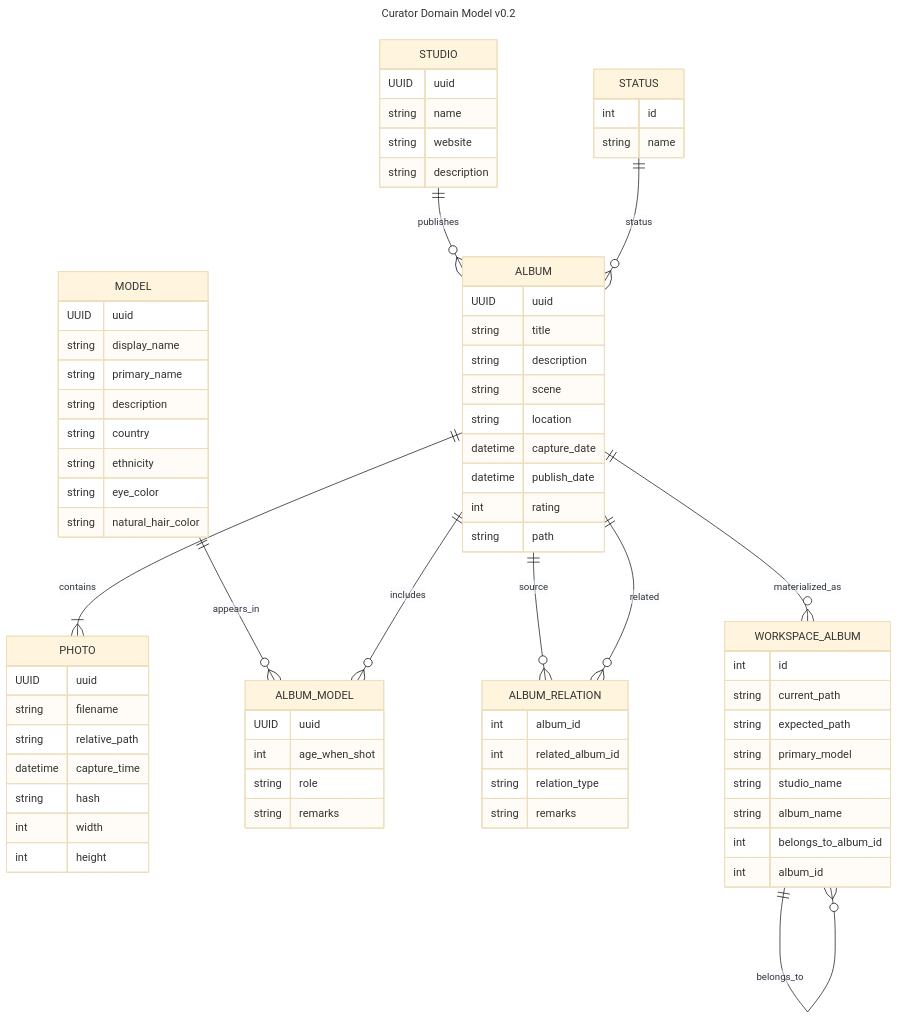
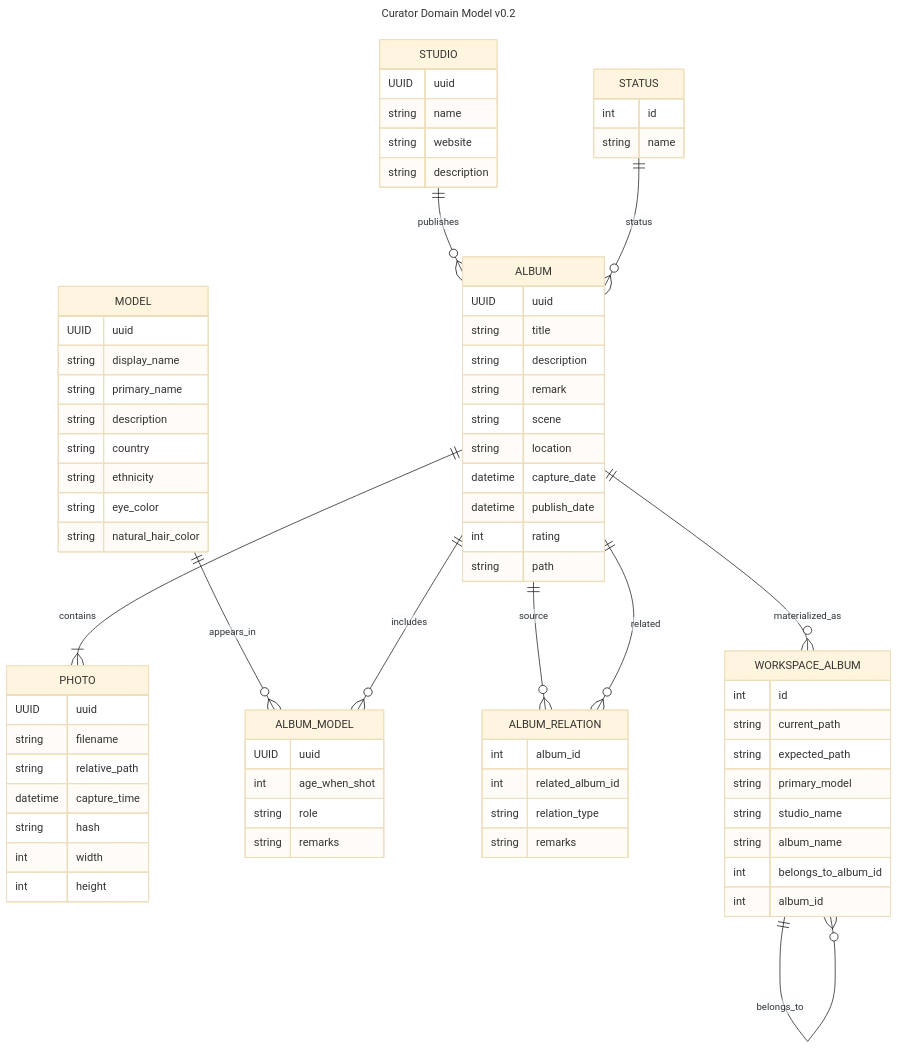
One commit to danielmeng1986/Curator changed the diagram in Docs/Database/Curator_Domain_Model.md. Above: the diagram before and after it, drawn with Mermaid (base theme). The commit also changed other lines of this file and 6 other files, not shown here.

```diff
--- a/Docs/Database/Curator_Domain_Model.md
+++ b/Docs/Database/Curator_Domain_Model.md
@@ -34,6 +34,7 @@
         UUID uuid
         string title
         string description
+        string remark
         string scene
         string location
         datetime capture_date
```
